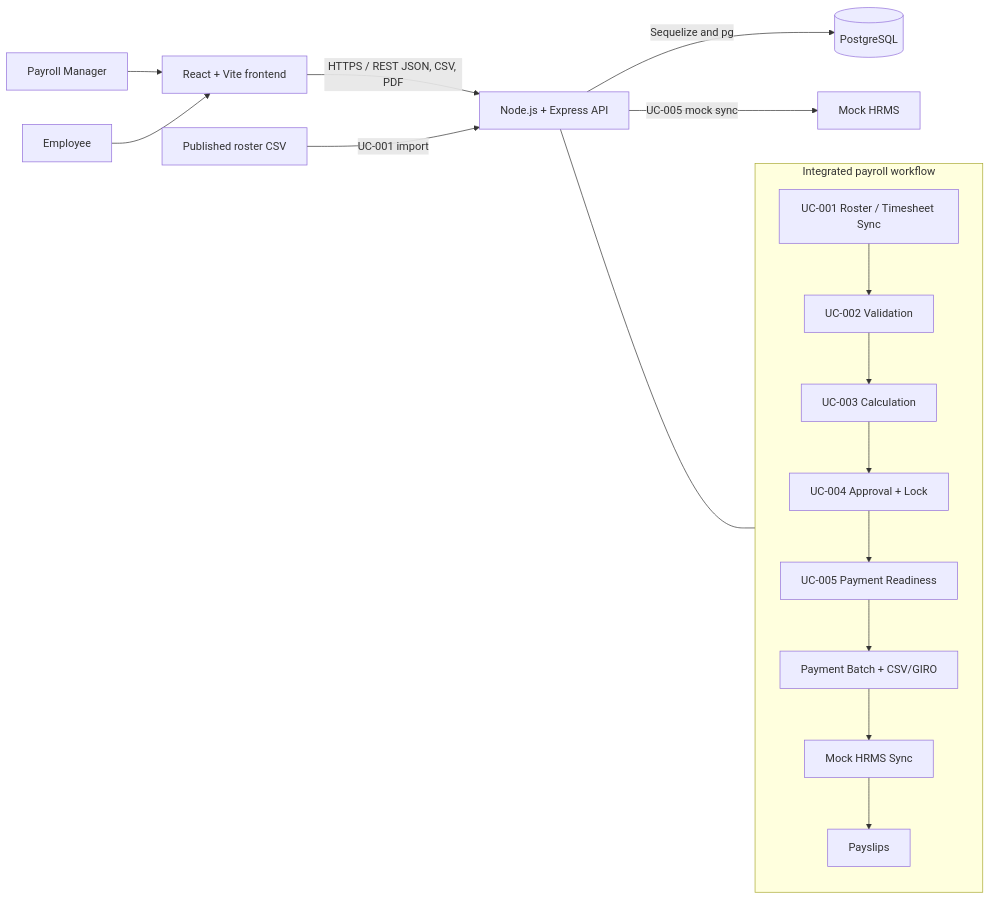
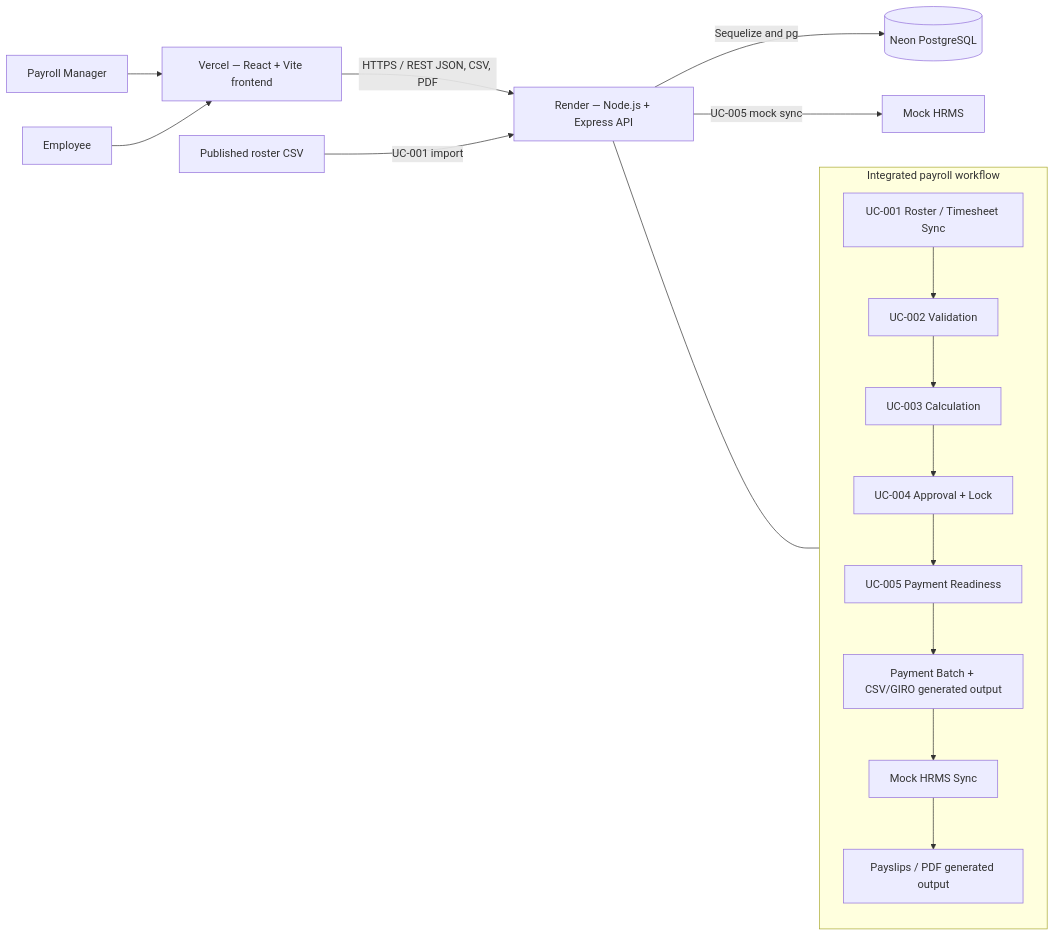
The diagram in docs/architecture.md (suhaixxy/payroll-automation), drawn with Mermaid before and after one commit. The commit also changed other lines of this file and 2 other files, not shown here.

````diff
--- a/docs/architecture.md
+++ b/docs/architecture.md
@@ -7,21 +7,21 @@
 ```mermaid
 flowchart LR
-    M[Payroll Manager] --> F[React + Vite frontend]
+    M[Payroll Manager] --> F[Vercel — React + Vite frontend]
     E[Employee] --> F
-    F -->|HTTPS / REST JSON, CSV, PDF| A[Node.js + Express API]
-    A -->|Sequelize and pg| D[(PostgreSQL)]
+    F -->|HTTPS / REST JSON, CSV, PDF| A[Render — Node.js + Express API]
+    A -->|Sequelize and pg| D[(Neon PostgreSQL)]
     G[Published roster CSV] -->|UC-001 import| A
     A -->|UC-005 mock sync| H[Mock HRMS]
 
     subgraph Workflow[Integrated payroll workflow]
       U1[UC-001 Roster / Timesheet Sync] --> U2[UC-002 Validation]
       U2 --> U3[UC-003 Calculation]
       U3 --> U4[UC-004 Approval + Lock]
       U4 --> U5[UC-005 Payment Readiness]
-      U5 --> PB[Payment Batch + CSV/GIRO]
+      U5 --> PB[Payment Batch + CSV/GIRO generated output]
       PB --> HS[Mock HRMS Sync]
-      HS --> PS[Payslips]
+      HS --> PS[Payslips / PDF generated output]
     end
 
     A --- Workflow
 ```
````
